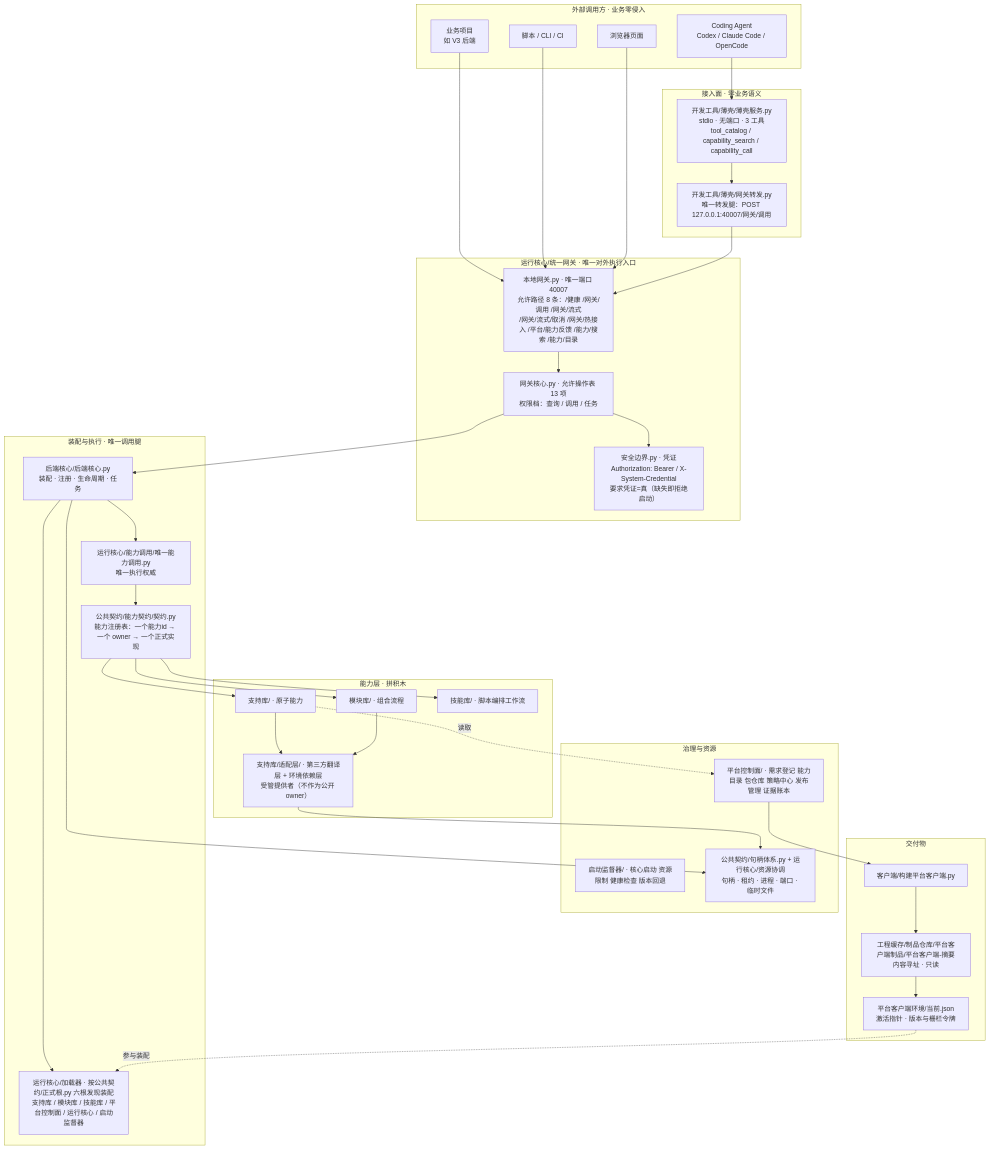
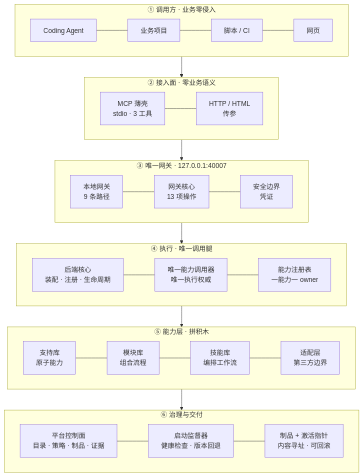
One commit to kunhua-he/system-engineering-platform changed the first of 3 diagrams in README.md. Above: the diagram before and after it, drawn with Mermaid. The commit also changed other lines of this file, not shown here.

First line of the commit message:
README 图改造为分层清晰版 + 补「能力地图」与真实调用示例

````diff
--- a/README.md
+++ b/README.md
@@ -60,72 +60,35 @@
 ```mermaid
 flowchart TB
-    subgraph 外部["外部调用方 · 业务零侵入"]
-        A1["Coding Agent<br/>Codex / Claude Code / OpenCode"]
-        A2["业务项目<br/>如 V3 后端"]
-        A3["脚本 / CLI / CI"]
-        A4["浏览器页面"]
+    subgraph L1["① 调用方 · 业务零侵入"]
+        direction LR
+        A1["Coding Agent"] --- A2["业务项目"] --- A3["脚本 / CI"] --- A4["网页"]
     end
 
-    subgraph 接入["接入面 · 零业务语义"]
-        B1["开发工具/薄壳/薄壳服务.py<br/>stdio · 无端口 · 3 工具<br/>tool_catalog / capability_search / capability_call"]
-        B2["开发工具/薄壳/网关转发.py<br/>唯一转发腿：POST 127.0.0.1:40007/网关/调用"]
+    subgraph L2["② 接入面 · 零业务语义"]
+        direction LR
+        B1["MCP 薄壳<br/>stdio · 3 工具"] --- B2["HTTP / HTML<br/>传参"]
     end
 
-    subgraph 网关["运行核心/统一网关 · 唯一对外执行入口"]
-        C1["本地网关.py · 唯一端口 40007<br/>允许路径 8 条：/健康 /网关/调用 /网关/流式<br/>/网关/流式/取消 /网关/热接入 /平台/能力反馈 /能力/搜索 /能力/目录"]
-        C2["网关核心.py · 允许操作表 13 项<br/>权限档：查询 / 调用 / 任务"]
-        C3["安全边界.py · 凭证<br/>Authorization: Bearer / X-System-Credential<br/>要求凭证=真（缺失即拒绝启动）"]
+    subgraph L3["③ 唯一网关 · 127.0.0.1:40007"]
+        direction LR
+        C1["本地网关<br/>9 条路径"] --- C2["网关核心<br/>13 项操作"] --- C3["安全边界<br/>凭证"]
     end
 
-    subgraph 执行["装配与执行 · 唯一调用腿"]
-        D1["后端核心/后端核心.py<br/>装配 · 注册 · 生命周期 · 任务"]
-        D2["运行核心/加载器 · 按公共契约/正式根.py 六根发现装配<br/>支持库 / 模块库 / 技能库 / 平台控制面 / 运行核心 / 启动监督器"]
-        D3["运行核心/能力调用/唯一能力调用.py<br/>唯一执行权威"]
-        D4["公共契约/能力契约/契约.py<br/>能力注册表：一个能力id → 一个 owner → 一个正式实现"]
+    subgraph L4["④ 执行 · 唯一调用腿"]
+        direction LR
+        D1["后端核心<br/>装配 · 注册 · 生命周期"] --- D2["唯一能力调用器<br/>唯一执行权威"] --- D3["能力注册表<br/>一能力一 owner"]
     end
 
-    subgraph 能力["能力层 · 拼积木"]
-        E1["支持库/ · 原子能力"]
-        E2["模块库/ · 组合流程"]
-        E3["技能库/ · 脚本编排工作流"]
-        E4["支持库/适配层/ · 第三方翻译层 + 环境依赖层<br/>受管提供者（不作为公开 owner）"]
+    subgraph L5["⑤ 能力层 · 拼积木"]
+        direction LR
+        E1["支持库<br/>原子能力"] --- E2["模块库<br/>组合流程"] --- E3["技能库<br/>编排工作流"] --- E4["适配层<br/>第三方边界"]
     end
 
-    subgraph 治理["治理与资源"]
-        F1["平台控制面/ · 需求登记 能力目录 包仓库 策略中心 发布管理 证据账本"]
-        F2["启动监督器/ · 核心启动 资源限制 健康检查 版本回退"]
-        F3["公共契约/句柄体系.py + 运行核心/资源协调<br/>句柄 · 租约 · 进程 · 端口 · 临时文件"]
+    subgraph L6["⑥ 治理与交付"]
+        direction LR
+        F1["平台控制面<br/>目录 · 策略 · 制品 · 证据"] --- F2["启动监督器<br/>健康检查 · 版本回退"] --- F3["制品 + 激活指针<br/>内容寻址 · 可回滚"]
     end
 
-    subgraph 交付["交付物"]
-        G1["客户端/构建平台客户端.py"]
-        G2["工程缓存/制品仓库/平台客户端制品/平台客户端-摘要<br/>内容寻址 · 只读"]
-        G3["平台客户端环境/当前.json<br/>激活指针 · 版本与栅栏令牌"]
-    end
-
-    A1 --> B1
-    A2 --> C1
-    A3 --> C1
-    A4 --> C1
-    B1 --> B2
-    B2 --> C1
-    C1 --> C2
-    C2 --> C3
-    C2 --> D1
-    D1 --> D2
-    D1 --> D3
-    D3 --> D4
-    D4 --> E1
-    D4 --> E2
-    D4 --> E3
-    E1 --> E4
-    E2 --> E4
-    E1 -.读取.-> F1
-    D1 --> F3
-    E4 --> F3
-    F1 --> G1
-    G1 --> G2
-    G2 --> G3
-    G3 -.参与装配.-> D2
+    L1 --> L2 --> L3 --> L4 --> L5 --> L6
 
 ```
````
